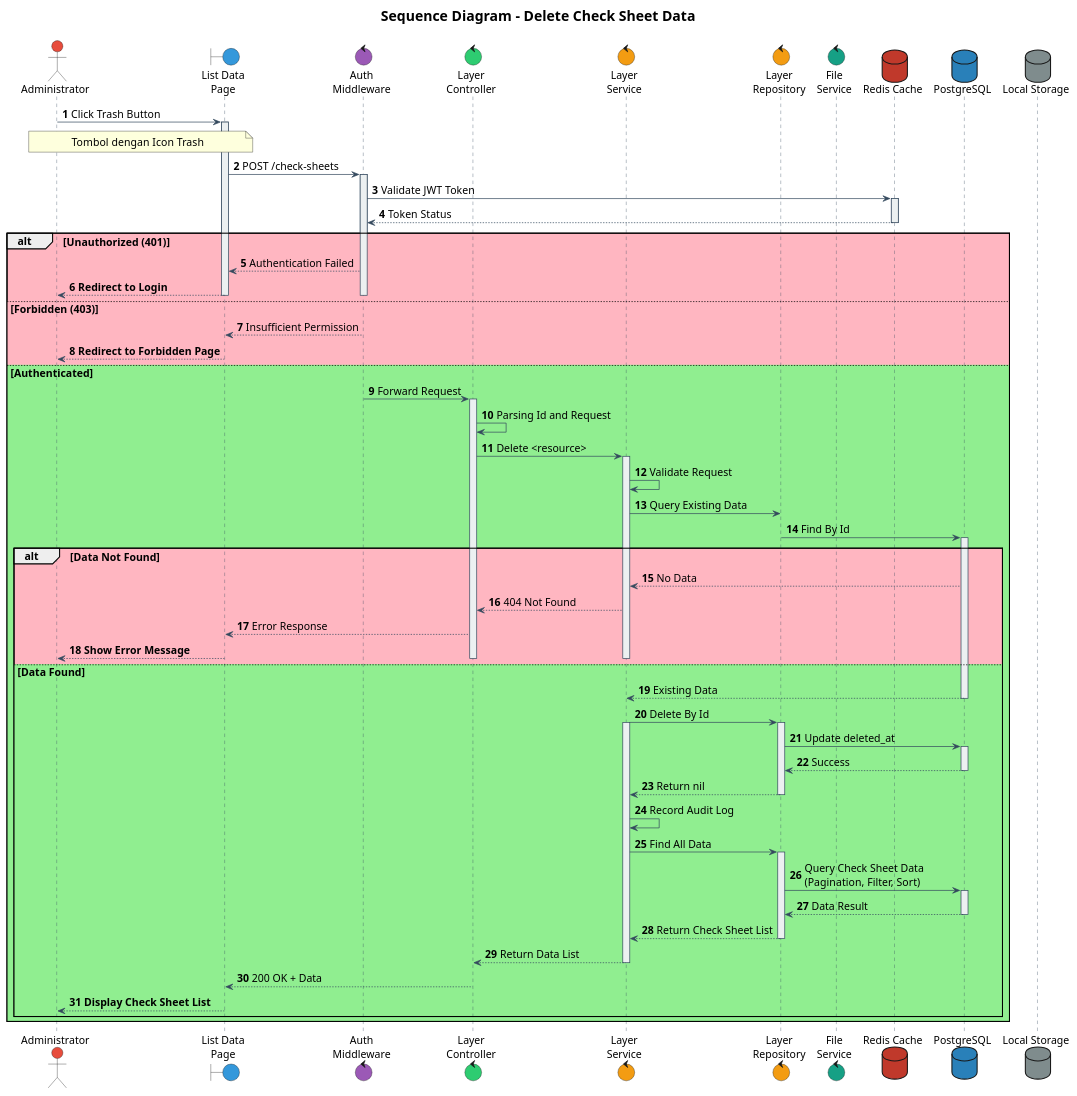
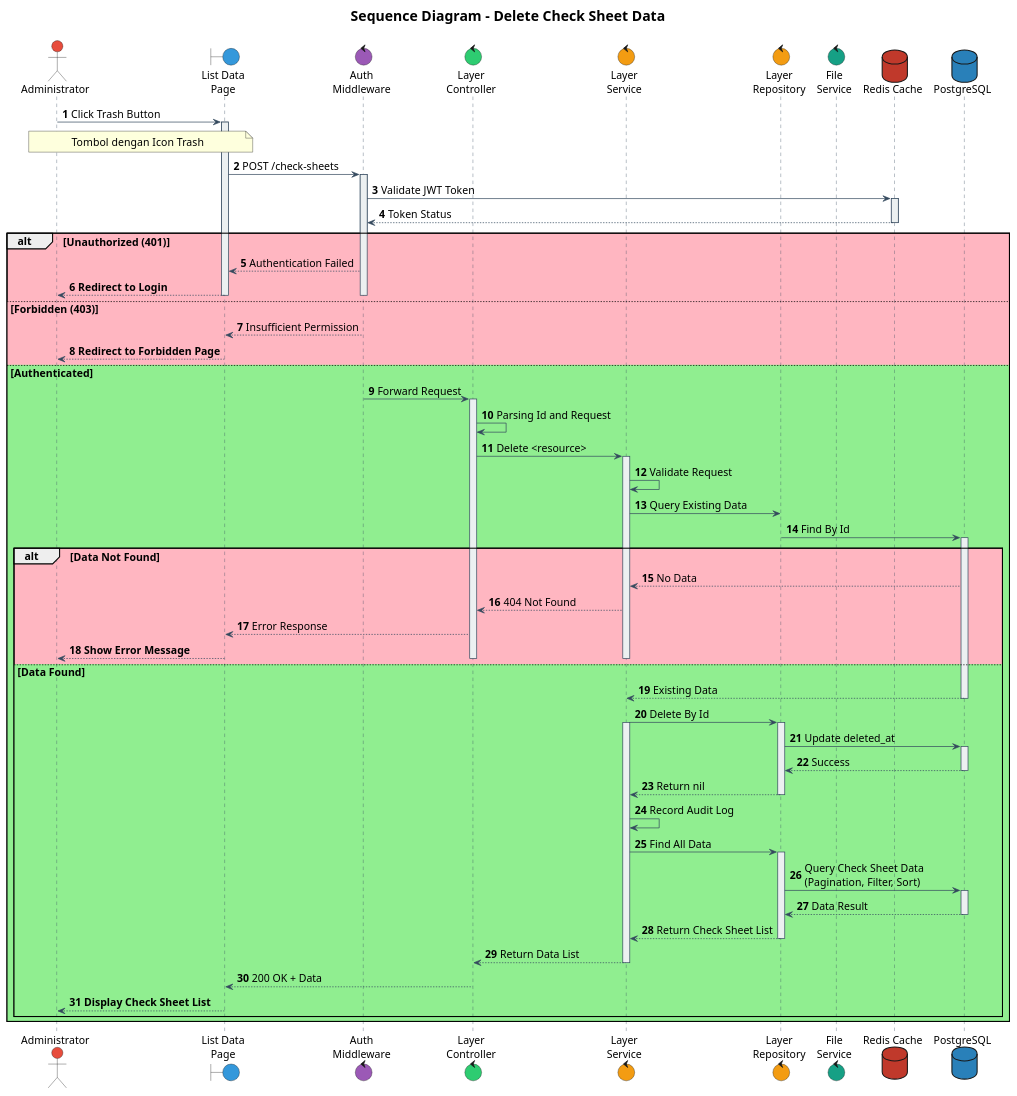
Before and after one commit to IntConnect/go-intconnect-api: the diagram in documentation/sequence/document/check-sheet/delete.puml, drawn with PlantUML. The commit also changed 22 other files, not shown here.

Commit message:
feat(activity, sequence): Add some activity and sequence diagram

```diff
--- a/documentation/sequence/document/check-sheet/delete.puml
+++ b/documentation/sequence/document/check-sheet/delete.puml
@@ -1,137 +1,136 @@
 @startuml
 
 ' Font configuration
 skinparam defaultFontName Times New Roman
 skinparam defaultFontSize 15
 
 ' Participant styling
 skinparam participant {
     BackgroundColor #ECF0F1
     BorderColor #34495E
     FontColor Black
     FontName Times New Roman
     FontSize 15
 }
 
 skinparam sequence {
     ArrowColor #34495E
     LifeLineBorderColor #34495E
     LifeLineBackgroundColor #ECF0F1
     ArrowFontName Times New Roman
     ArrowFontSize 15
 }
 
 skinparam actorFontSize 15
 skinparam noteFontSize 15
 skinparam noteFontName "Times New Roman"
 
 ' Actors and components
 actor "Administrator" as admin #E74C3C
 boundary "List Data\nPage" as boundListData #3498DB
 control "Auth\nMiddleware" as authMiddleware #9B59B6
 control "Layer\nController" as controller #2ECC71
 control "Layer\nService" as service #F39C12
 control "Layer\nRepository" as repository #F39C12
 control "File\nService" as fileService #16A085
 database "Redis Cache" as dbRedis #C0392B
 database "PostgreSQL" as dbPsql #2980B9
-database "Local Storage" as localStorge #7F8C8D
 
 title
 <size:20><b>Sequence Diagram - Delete Check Sheet Data</b></size>
 ----
 end title
 
 autonumber
 
 
 ' === FETCH EXISTING DATA ===
 admin -> boundListData: Click Trash Button
 note over admin, boundListData
 Tombol dengan Icon Trash
 end note
 activate boundListData
 
 boundListData -> authMiddleware: POST /check-sheets
 activate authMiddleware
 
 authMiddleware -> dbRedis: Validate JWT Token
 activate dbRedis
 dbRedis --> authMiddleware: Token Status
 deactivate dbRedis
 
 alt #LightPink Unauthorized (401)
     authMiddleware --> boundListData: Authentication Failed
     boundListData --> admin: **Redirect to Login**
     deactivate authMiddleware
     deactivate boundListData
 else #LightPink Forbidden (403)
     authMiddleware --> boundListData: Insufficient Permission
     boundListData --> admin: **Redirect to Forbidden Page**
     deactivate authMiddleware
     deactivate boundListData
 else #LightGreen Authenticated
 
     authMiddleware -> controller: Forward Request
     deactivate authMiddleware
     activate controller
 
     controller -> controller: Parsing Id and Request
     controller -> service: Delete <resource>
     activate service
 
 service -> service: Validate Request
     service -> repository: Query Existing Data
     repository -> dbPsql: Find By Id
     activate dbPsql
 
     alt #LightPink Data Not Found
         dbPsql --> service: No Data
         service --> controller: 404 Not Found
         controller --> boundListData: Error Response
         boundListData --> admin: **Show Error Message**
         deactivate service
         deactivate controller
         deactivate boundListData
 
     else #LightGreen Data Found
         dbPsql --> service: Existing Data
         deactivate dbPsql
 
 
             service -> repository: Delete By Id
             activate service
             activate repository
             repository -> dbPsql: Update deleted_at
              activate dbPsql
 
             dbPsql --> repository: Success
             deactivate dbPsql
             repository --> service: Return nil
             deactivate repository
 
             service -> service: Record Audit Log
                     service -> repository: Find All Data
                     activate repository
 
                     repository -> dbPsql: Query Check Sheet Data\n(Pagination, Filter, Sort)
                     activate dbPsql
                     dbPsql --> repository: Data Result
 deactivate dbPsql
 
                   repository --> service: Return Check Sheet List
                     deactivate repository
 
                     deactivate dbPsql
                     service --> controller: Return Data List
 
                     deactivate service
                         controller --> boundListData: 200 OK + Data
                     deactivate controller
                     boundListData --> admin: **Display Check Sheet List**
                     deactivate boundListData
 
                 end
 end
 
 @enduml
```
